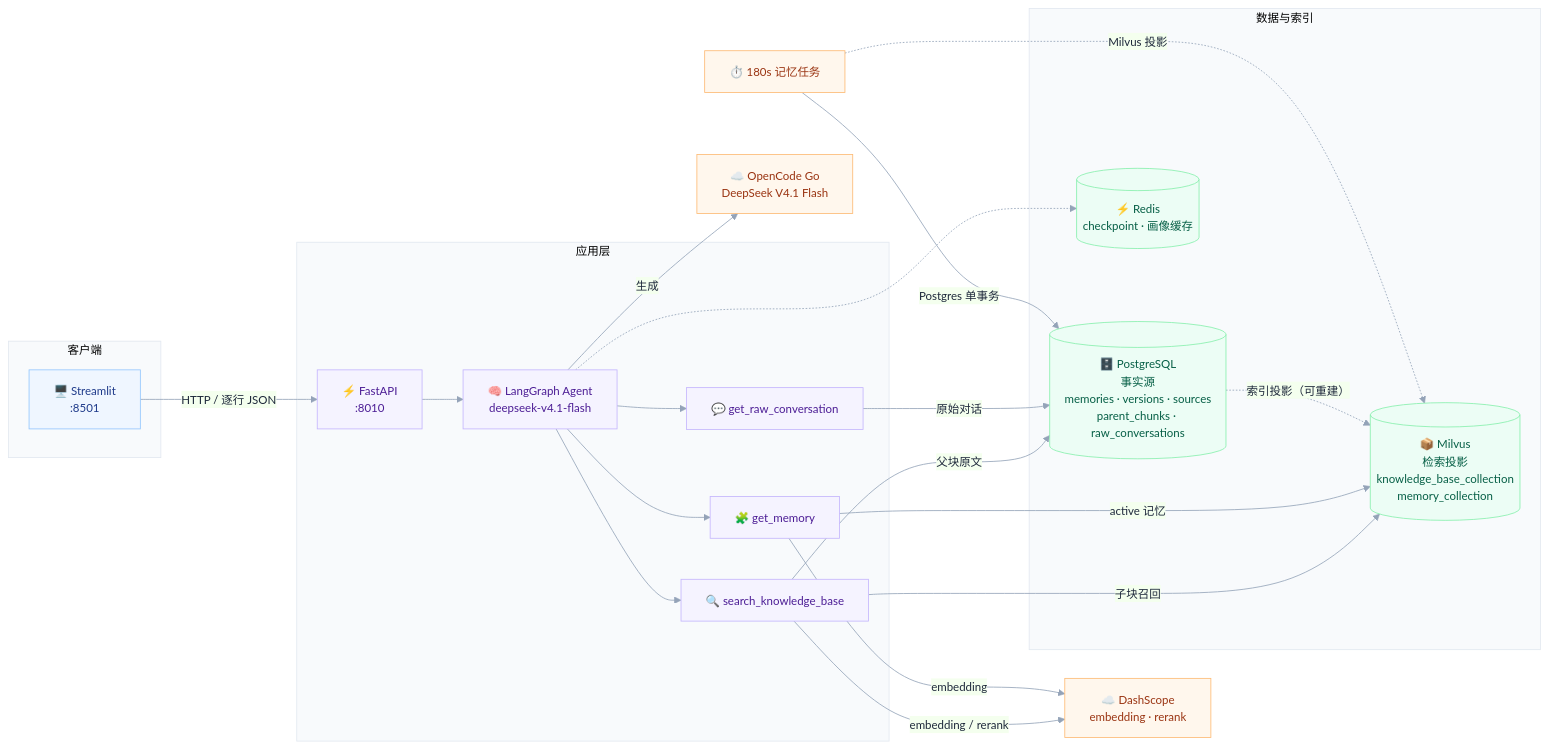
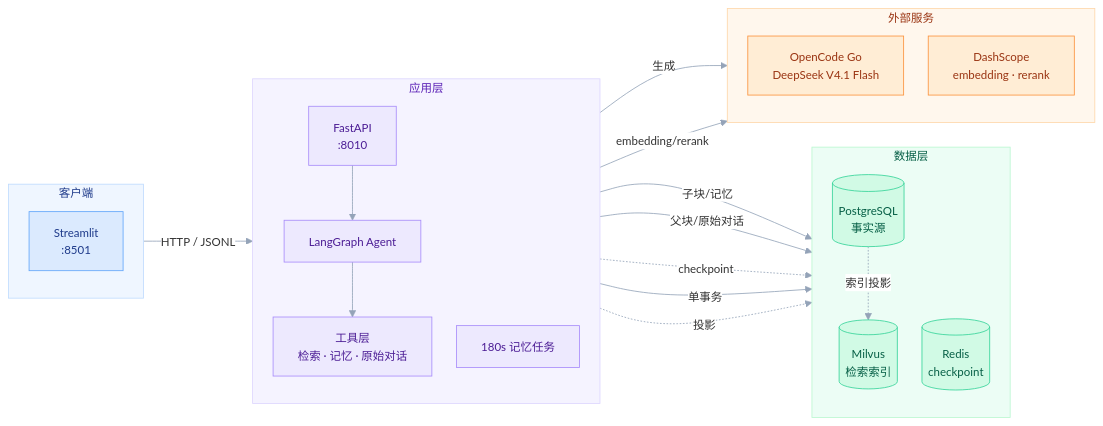
Before and after one commit to wh-violet667/Mnemo: the diagram in README.md, drawn with Mermaid.

Commit message:
docs: redesign architecture diagram

````diff
--- a/README.md
+++ b/README.md
@@ -77,53 +77,53 @@
 ```mermaid
-%%{init: {"theme": "base", "themeVariables": {"fontFamily": "Inter, Segoe UI, sans-serif", "fontSize": "14px", "lineColor": "#94a3b8", "primaryColor": "#eef4ff", "primaryTextColor": "#1e293b", "primaryBorderColor": "#93c5fd", "clusterBkg": "#f8fafc", "clusterBorder": "#e2e8f0"}}}%%
+%%{init: {"theme":"base","themeVariables":{"fontFamily":"Inter, Segoe UI, sans-serif","fontSize":"14px","lineColor":"#94a3b8","edgeLabelBackground":"#ffffff"},"flowchart":{"curve":"basis","nodeSpacing":30,"rankSpacing":42,"htmlLabels":true}}}%%
 flowchart LR
-    subgraph client["客户端"]
-        UI["🖥️ Streamlit<br/>:8501"]
-    end
+  subgraph client["客户端"]
+    direction TB
+    UI["Streamlit<br/>:8501"]
+  end
+  subgraph app["应用层"]
+    direction TB
+    API["FastAPI<br/>:8010"]
+    AGENT["LangGraph Agent"]
+    TOOLS["工具层<br/>检索 · 记忆 · 原始对话"]
+    BG["180s 记忆任务"]
+  end
+  subgraph data["数据层"]
+    direction TB
+    PG[("PostgreSQL<br/>事实源")]
+    MV[("Milvus<br/>检索索引")]
+    RD[("Redis<br/>checkpoint")]
+  end
+  subgraph ext["外部服务"]
+    direction TB
+    LLM["OpenCode Go<br/>DeepSeek V4.1 Flash"]
+    DS["DashScope<br/>embedding · rerank"]
+  end
 
-    subgraph app["应用层"]
-        API["⚡ FastAPI<br/>:8010"]
-        AGENT["🧠 LangGraph Agent<br/>deepseek-v4.1-flash"]
-        T1["🔍 search_knowledge_base"]
-        T2["🧩 get_memory"]
-        T3["💬 get_raw_conversation"]
-    end
+  UI -->|"HTTP / JSONL"| API
+  API --> AGENT
+  AGENT --> TOOLS
+  AGENT -->|"生成"| LLM
+  TOOLS -->|"embedding/rerank"| DS
+  TOOLS -->|"子块/记忆"| MV
+  TOOLS -->|"父块/原始对话"| PG
+  AGENT -.->|"checkpoint"| RD
+  BG -->|"单事务"| PG
+  BG -.->|"投影"| MV
+  PG -.->|"索引投影"| MV
 
-    subgraph data["数据与索引"]
-        PG[("🗄️ PostgreSQL<br/>事实源<br/>memories · versions · sources<br/>parent_chunks · raw_conversations")]
-        MV[("📦 Milvus<br/>检索投影<br/>knowledge_base_collection<br/>memory_collection")]
-        RD[("⚡ Redis<br/>checkpoint · 画像缓存")]
-    end
+  style client fill:#eff6ff,stroke:#bfdbfe,stroke-width:1px,color:#1e3a8a
+  style app fill:#f5f3ff,stroke:#ddd6fe,stroke-width:1px,color:#5b21b6
+  style data fill:#ecfdf5,stroke:#bbf7d0,stroke-width:1px,color:#065f46
+  style ext fill:#fff7ed,stroke:#fed7aa,stroke-width:1px,color:#9a3412
 
-    LLM["☁️ OpenCode Go<br/>DeepSeek V4.1 Flash"]
-    EXT["☁️ DashScope<br/>embedding · rerank"]
-    BG["⏱️ 180s 记忆任务"]
+  classDef client fill:#dbeafe,stroke:#60a5fa,color:#1e3a8a,stroke-width:1px
+  classDef app fill:#ede9fe,stroke:#a78bfa,color:#4c1d95,stroke-width:1px
+  classDef data fill:#d1fae5,stroke:#34d399,color:#065f46,stroke-width:1px
+  classDef ext fill:#ffedd5,stroke:#fb923c,color:#9a3412,stroke-width:1px
 
-    UI -->|"HTTP / 逐行 JSON"| API
-    API --> AGENT
-    AGENT --> T1
-    AGENT --> T2
-    AGENT --> T3
-
-    T1 -->|"子块召回"| MV
-    T2 -->|"active 记忆"| MV
-    T1 -->|"父块原文"| PG
-    T3 -->|"原始对话"| PG
-    PG -.->|"索引投影（可重建）"| MV
-    AGENT -.-> RD
-
-    T1 -->|"embedding / rerank"| EXT
-    T2 -->|"embedding"| EXT
-    AGENT -->|"生成"| LLM
-    BG -->|"Postgres 单事务"| PG
-    BG -.->|"Milvus 投影"| MV
-
-    classDef client fill:#eff6ff,stroke:#93c5fd,color:#1e3a8a
-    classDef app fill:#f5f3ff,stroke:#c4b5fd,color:#4c1d95
-    classDef data fill:#ecfdf5,stroke:#86efac,color:#065f46
-    classDef ext fill:#fff7ed,stroke:#fdba74,color:#9a3412
-    class UI client
-    class API,AGENT,T1,T2,T3 app
-    class PG,MV,RD data
-    class LLM,EXT,BG ext
+  class UI client
+  class API,AGENT,TOOLS,BG app
+  class PG,MV,RD data
+  class LLM,DS ext
 ```
````
